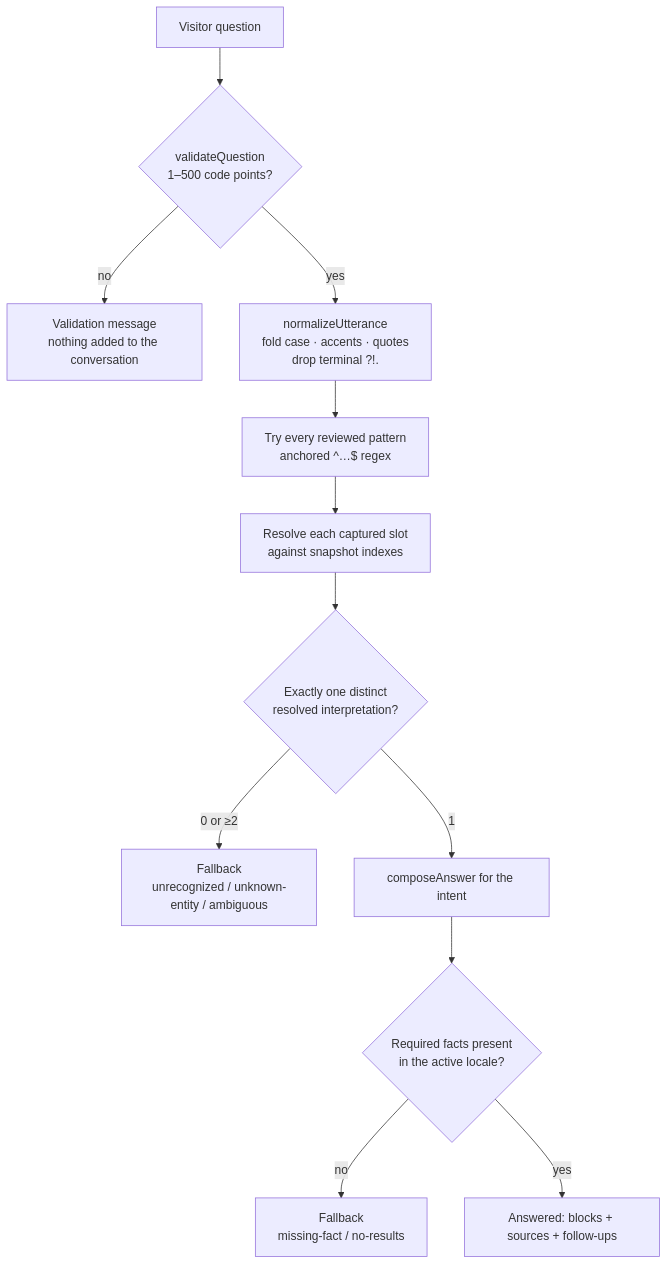
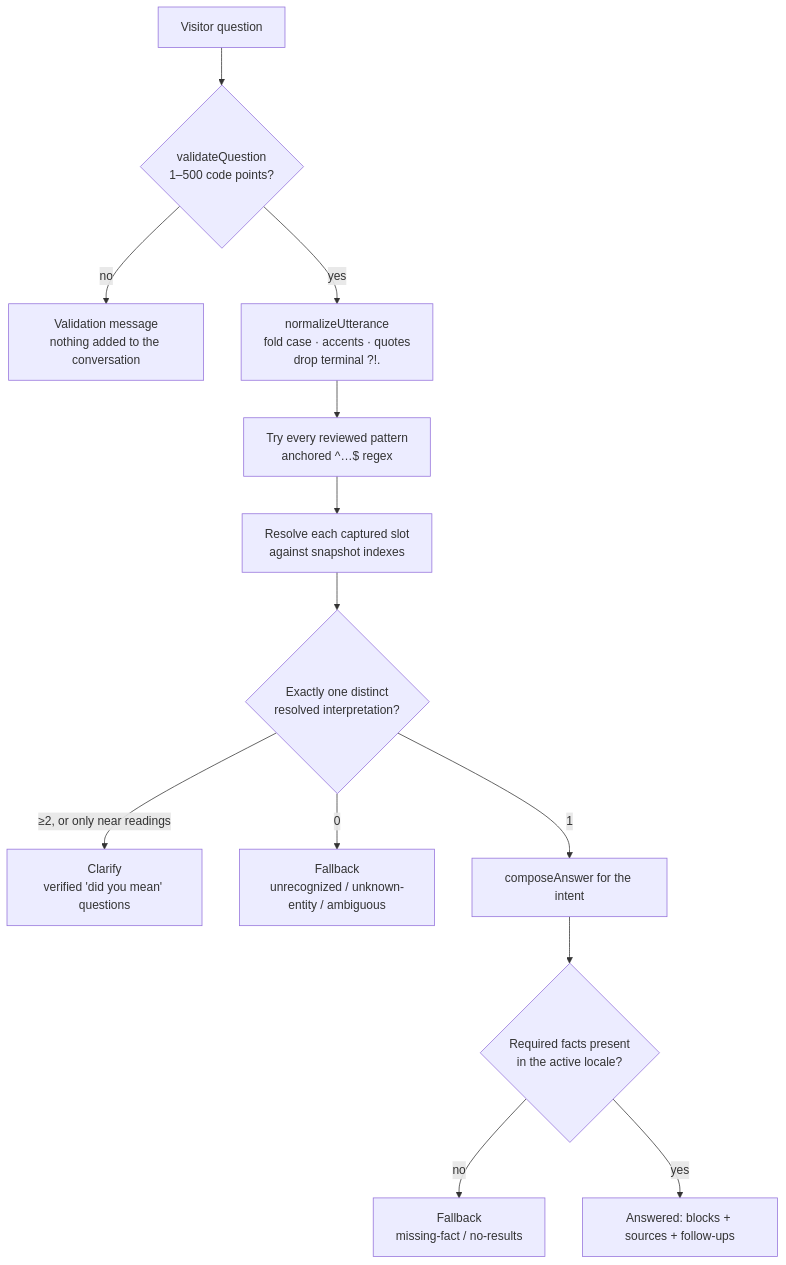
Before and after one commit to guilhermeborgesbastos/live-resume: the third of 5 diagrams in docs/cv-assistant-design.md, drawn with Mermaid. The commit also changed other lines of this file and 20 other files, not shown here.

First line of the commit message:
(feat) CV assistant: "did you mean" options and follow-up context

````diff
--- a/docs/cv-assistant-design.md
+++ b/docs/cv-assistant-design.md
@@ -139,14 +139,15 @@
 ```mermaid
 flowchart TD
   Q[Visitor question] --> V{validateQuestion<br/>1–500 code points?}
   V -- no --> VE[Validation message<br/>nothing added to the conversation]
   V -- yes --> NZ[normalizeUtterance<br/>fold case · accents · quotes<br/>drop terminal ?!.]
   NZ --> M[Try every reviewed pattern<br/>anchored ^…$ regex]
   M --> SL[Resolve each captured slot<br/>against snapshot indexes]
   SL --> K{Exactly one distinct<br/>resolved interpretation?}
-  K -- 0 or ≥2 --> FB[Fallback<br/>unrecognized / unknown-entity / ambiguous]
+  K -- "≥2, or only near readings" --> CL[Clarify<br/>verified 'did you mean' questions]
+  K -- 0 --> FB[Fallback<br/>unrecognized / unknown-entity / ambiguous]
   K -- 1 --> CO[composeAnswer for the intent]
   CO --> F{Required facts present<br/>in the active locale?}
   F -- no --> FB2[Fallback<br/>missing-fact / no-results]
   F -- yes --> ANS[Answered: blocks + sources + follow-ups]
 ```
````
